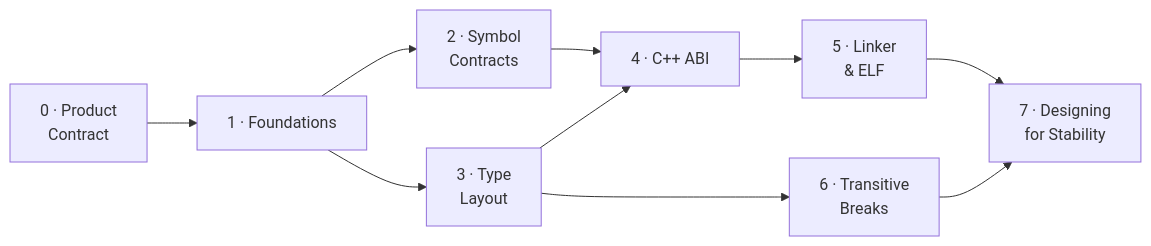
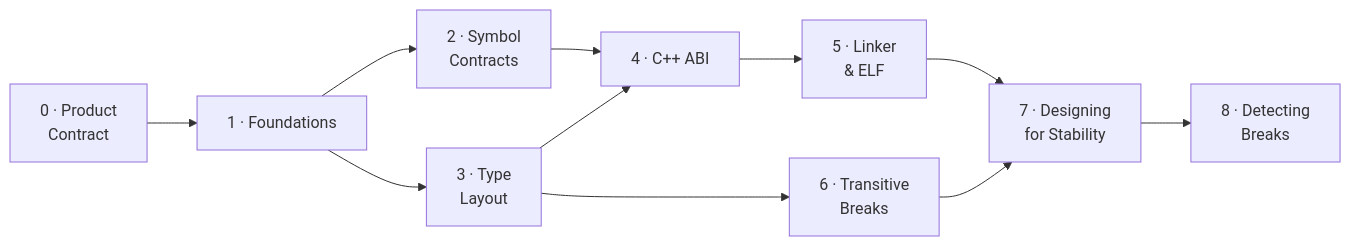
One commit to abicheck/abicheck changed the diagram in docs/concepts/abi-api-handling.md. Above: the diagram before and after it, drawn with Mermaid. The commit also changed other lines of this file and 5 other files, not shown here.

First line of the commit message:
docs: add series Part 8 (detecting breaks) and class-layout overlap section

````diff
--- a/docs/concepts/abi-api-handling.md
+++ b/docs/concepts/abi-api-handling.md
@@ -59,12 +60,13 @@
 ```mermaid
 flowchart LR
     P0["0 · Product<br/>Contract"] --> P1["1 · Foundations"]
     P1 --> P2["2 · Symbol<br/>Contracts"]
     P1 --> P3["3 · Type<br/>Layout"]
     P2 --> P4["4 · C++ ABI"]
     P3 --> P4
     P4 --> P5["5 · Linker<br/>& ELF"]
     P3 --> P6["6 · Transitive<br/>Breaks"]
     P5 --> P7["7 · Designing<br/>for Stability"]
     P6 --> P7
+    P7 --> P8["8 · Detecting<br/>Breaks"]
 ```
````
